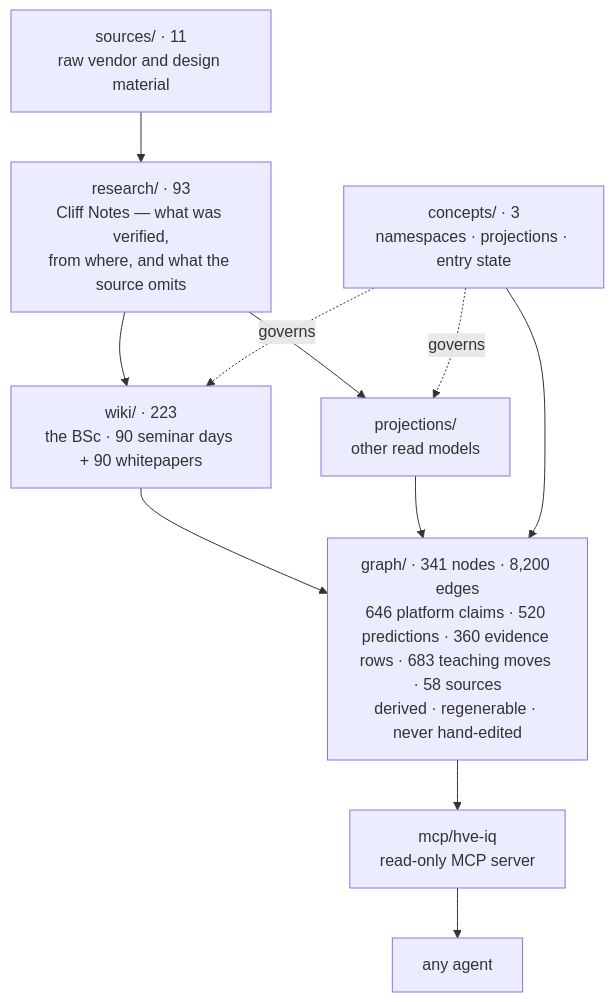
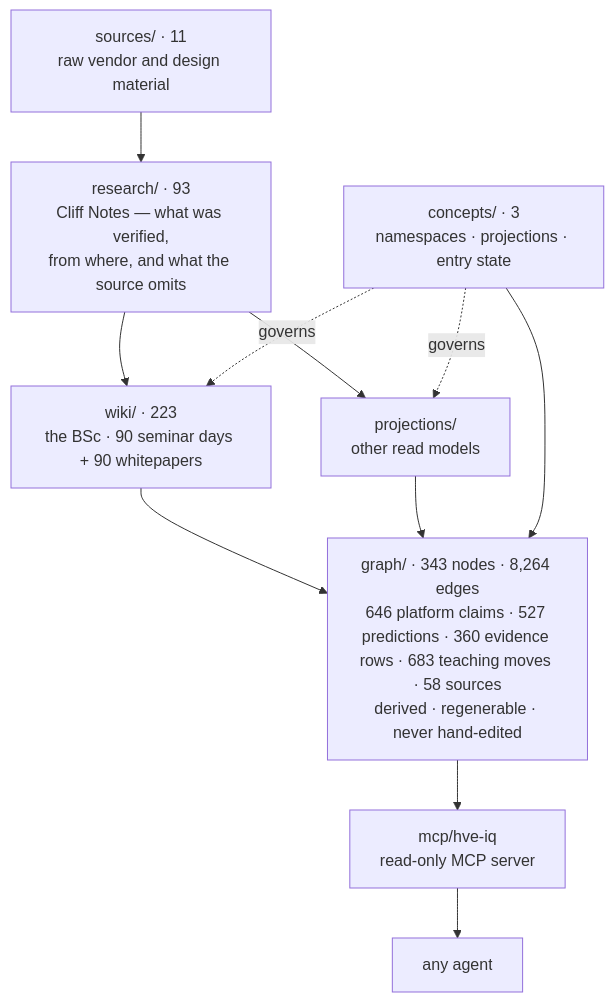
Before and after one commit to venturemavenwill/high-velocity-engineering: the diagram in README.md, drawn with Mermaid. The commit also changed other lines of this file and 32 other files, not shown here.

````diff
--- a/README.md
+++ b/README.md
@@ -13,14 +13,14 @@
 ```mermaid
 flowchart TD
   S["sources/ · 11<br/>raw vendor and design material"] --> R
   R["research/ · 93<br/>Cliff Notes — what was verified,<br/>from where, and what the source omits"] --> W
   R --> P
   W["wiki/ · 223<br/>the BSc · 90 seminar days + 90 whitepapers"]
   P["projections/<br/>other read models"]
   C["concepts/ · 3<br/>namespaces · projections · entry state"] -.governs.-> W
   C -.governs.-> P
   W --> G
   P --> G
   C --> G
-  G["graph/ · 341 nodes · 8,200 edges<br/>646 platform claims · 520 predictions · 360 evidence rows · 683 teaching moves · 58 sources<br/>derived · regenerable · never hand-edited"] --> M["mcp/hve-iq<br/>read-only MCP server"] --> A["any agent"]
+  G["graph/ · 343 nodes · 8,264 edges<br/>646 platform claims · 527 predictions · 360 evidence rows · 683 teaching moves · 58 sources<br/>derived · regenerable · never hand-edited"] --> M["mcp/hve-iq<br/>read-only MCP server"] --> A["any agent"]
 ```
````
